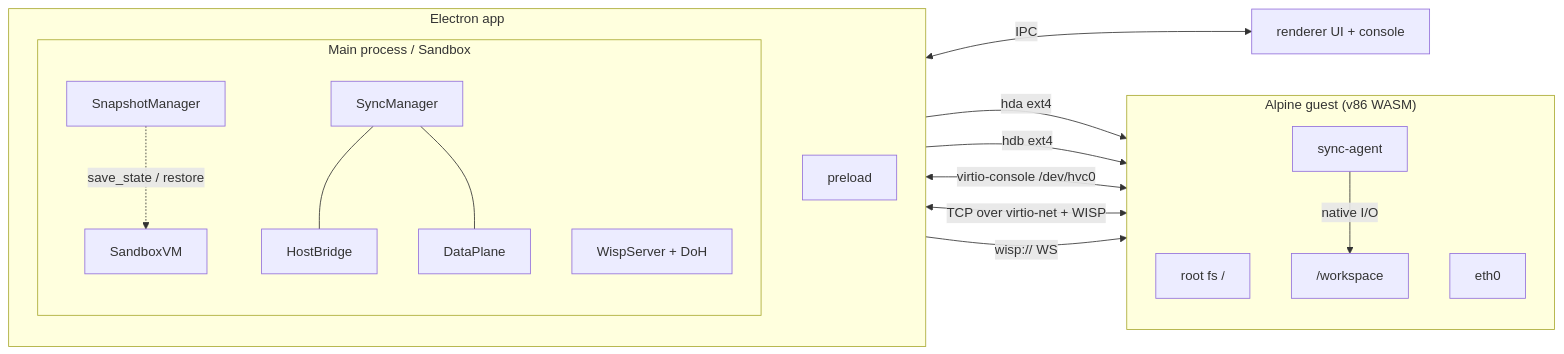
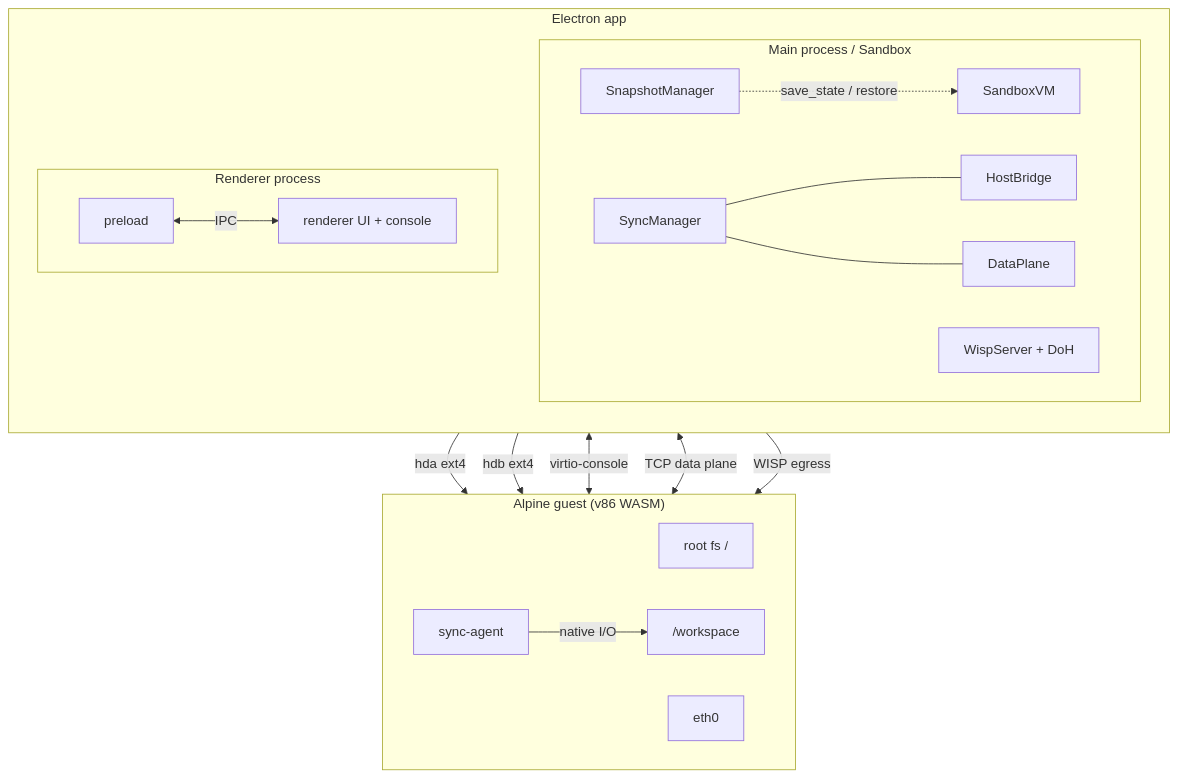
Before and after one commit to semidark/valencebox: the diagram in sandbox/README.md, drawn with Mermaid.

Commit message:
Docs: Update Architecture Diagramm again

````diff
--- a/sandbox/README.md
+++ b/sandbox/README.md
@@ -33,37 +33,40 @@
 ```mermaid
-flowchart LR
+flowchart TB
     subgraph App["Electron app"]
         direction TB
         subgraph Host["Main process / Sandbox"]
-            direction TB
+            direction LR
+            Snap["SnapshotManager"]
             VM["SandboxVM"]
             Sync["SyncManager"]
             Bridge["HostBridge"]
             Data["DataPlane"]
-            Snap["SnapshotManager"]
             Wisp["WispServer + DoH"]
         end
-        Preload["preload"]
+
+        subgraph Render["Renderer process"]
+            direction LR
+            Preload["preload"]
+            Renderer["renderer UI + console"]
+        end
     end
 
     subgraph Guest["Alpine guest (v86 WASM)"]
-        direction TB
+        direction LR
         Root["root fs /"]
         Agent["sync-agent"]
         Work["/workspace"]
         Net["eth0"]
     end
 
-    Renderer["renderer UI + console"]
-
+    Snap -.->|save_state / restore| VM
+    Sync --- Bridge
+    Sync --- Data
+    Preload <-->|IPC| Renderer
     VM -->|hda ext4| Root
     VM -->|hdb ext4| Work
-    Bridge <-->|virtio-console /dev/hvc0| Agent
-    Data <-->|TCP over virtio-net + WISP| Agent
+    Bridge <-->|virtio-console| Agent
+    Data <-->|TCP data plane| Agent
     Agent -->|native I/O| Work
-    Wisp -->|wisp:// WS| Net
-    Preload <-->|IPC| Renderer
-    Sync --- Bridge
-    Sync --- Data
-    Snap -.->|save_state / restore| VM
+    Wisp -->|WISP egress| Net
 ```
````
